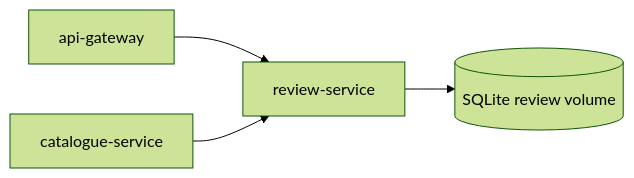
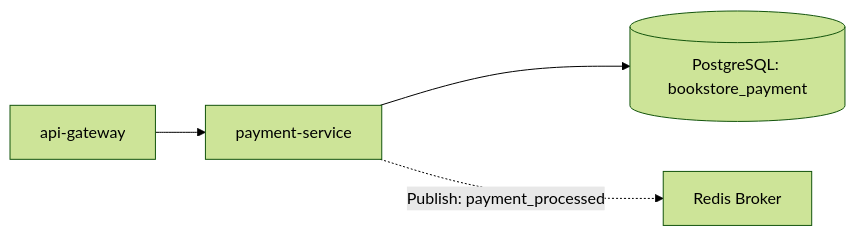
One commit to lamlocan5/Software_Architecture_And_Design_PTIT changed the eighth of 11 diagrams in bookstore-microservice/docs/architecture/architecture.md. Above: the diagram before and after it, drawn with Mermaid (forest theme). The commit also changed other lines of this file and 396 other files, not shown here.

````diff
--- a/bookstore-microservice/docs/architecture/architecture.md
+++ b/bookstore-microservice/docs/architecture/architecture.md
@@ -103,7 +153,7 @@
 ```mermaid
 flowchart LR
-  gateway[api-gateway] --> review[review-service]
-  catalogue[catalogue-service] --> review
-  reviewDb[(SQLite review volume)]
-  review --> reviewDb
+  bff[api-gateway] --> paySvc[payment-service]
+  payDb[(PostgreSQL: bookstore_payment)]
+  paySvc --> payDb
+  paySvc -. "Publish: payment_processed" .-> redis[Redis Broker]
 ```
````
